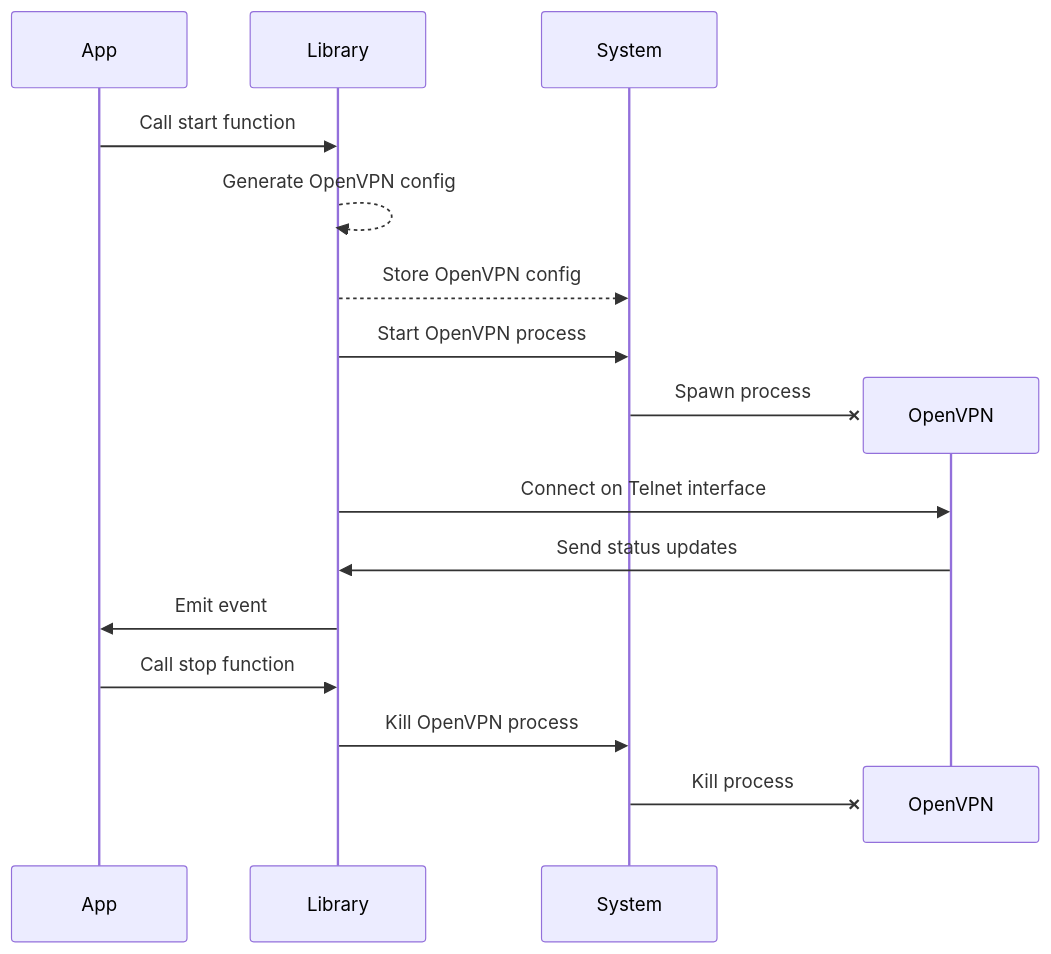
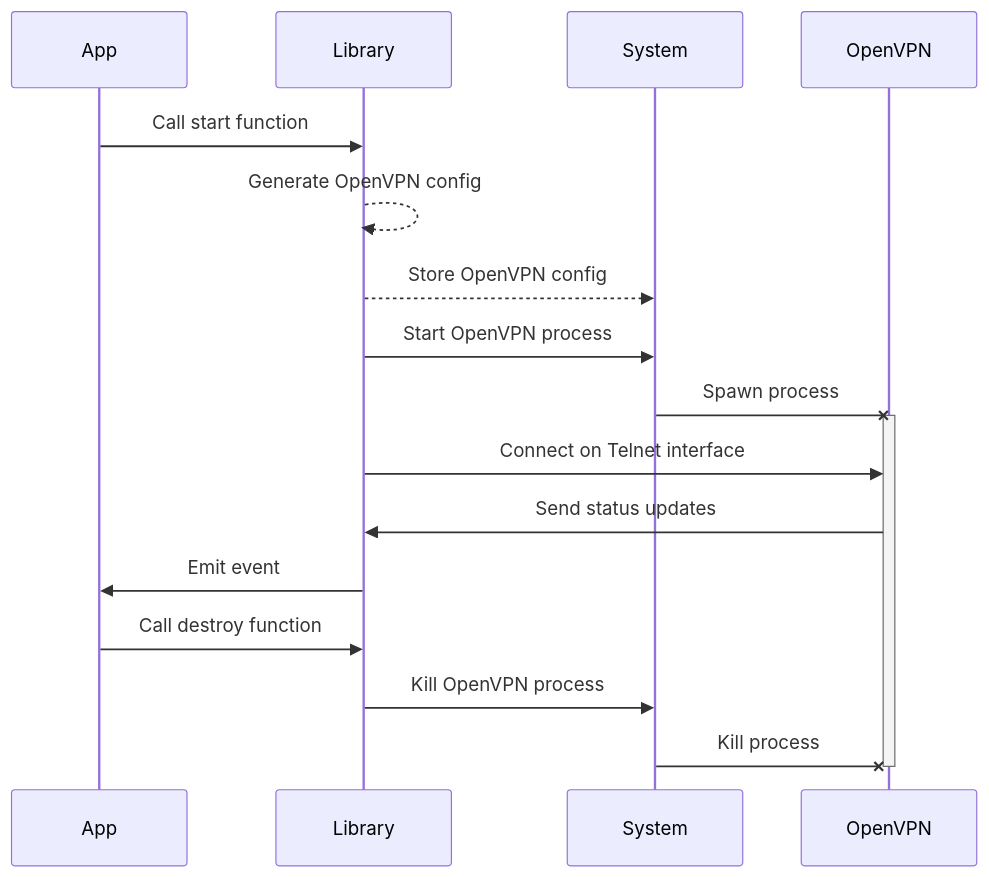
The diagram in libs/openvpn/README.md (prowire-vpn/prowire), drawn with Mermaid before and after one commit.

Commit message:
Fix Mermaid diagram in OpenVPN library (#35)

````diff
--- a/libs/openvpn/README.md
+++ b/libs/openvpn/README.md
@@ -13,16 +13,16 @@
 ```mermaid
 sequenceDiagram
     App->>Library: Call start function
     Library-->> Library: Generate OpenVPN config
     Library-->>System: Store OpenVPN config
     Library->>System: Start OpenVPN process
-    create participant OpenVPN
     System-xOpenVPN: Spawn process
+    activate OpenVPN
     Library->>OpenVPN: Connect on Telnet interface
     OpenVPN->>Library: Send status updates
     Library->>App: Emit event
-    App->>Library: Call stop function
+    App->>Library: Call destroy function
     Library->>System: Kill OpenVPN process
-    destroy OpenVPN
     System-xOpenVPN: Kill process
+    deactivate OpenVPN
 ```
````
